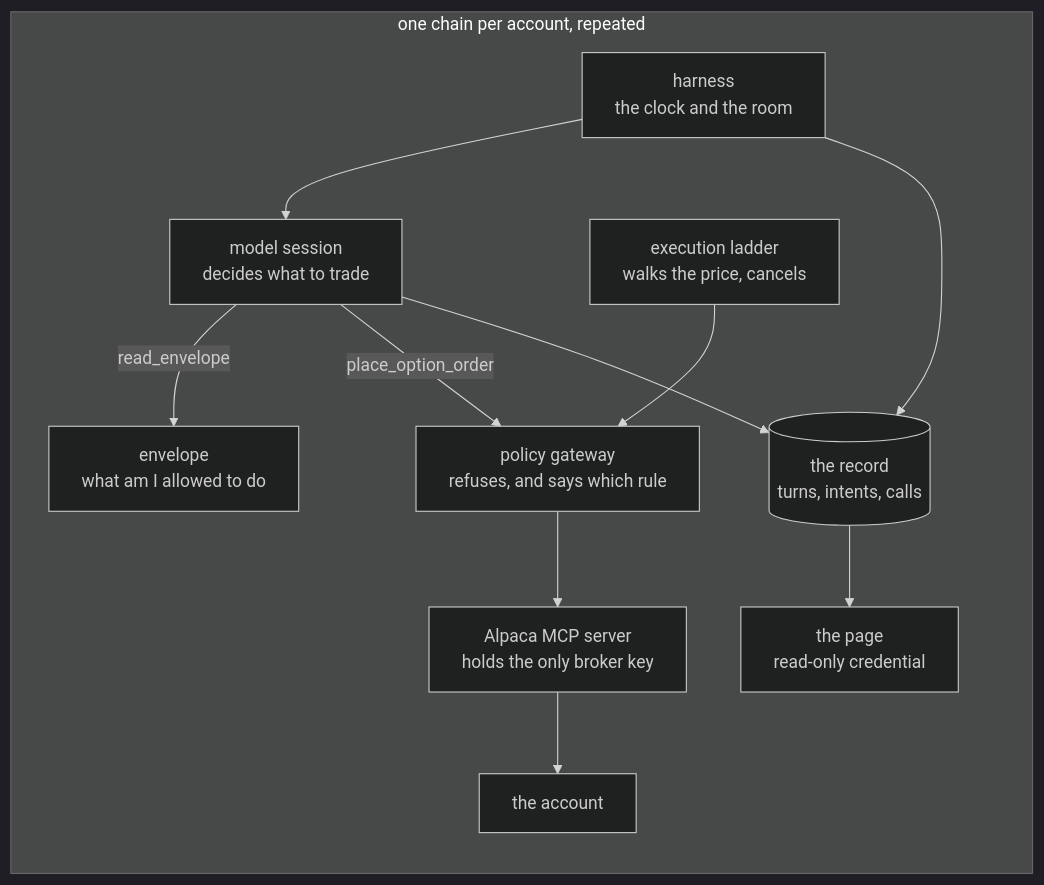
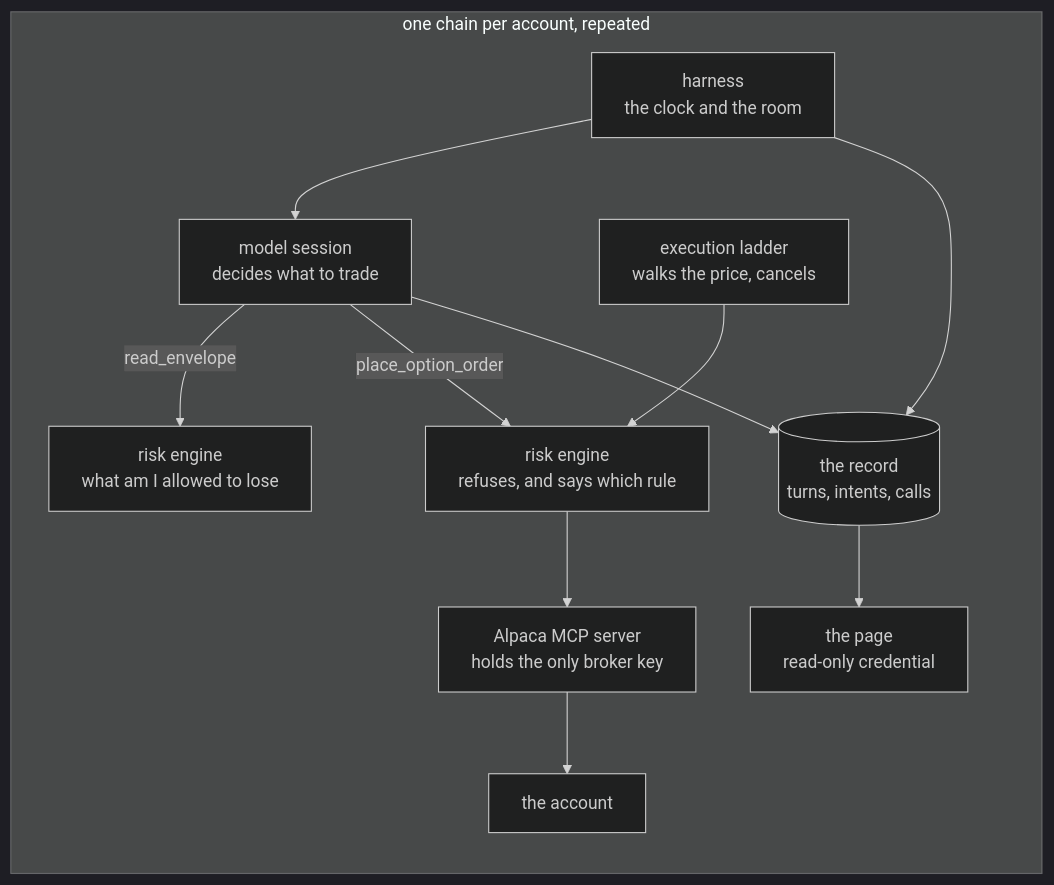
One commit to swiftward/swiftward-alpaca-options-agents changed the diagram in docs/architecture.md. Above: the diagram before and after it, drawn with Mermaid (dark theme). The commit also changed other lines of this file and 5 other files, not shown here.

First line of the commit message:
Call it the risk engine, which is what a reader who trades already knows

````diff
--- a/docs/architecture.md
+++ b/docs/architecture.md
@@ -49,14 +58,14 @@
 ```mermaid
 flowchart LR
   subgraph one["one chain per account, repeated"]
     H["harness<br/>the clock and the room"] --> S["model session<br/>decides what to trade"]
-    S -->|"read_envelope"| E["envelope<br/>what am I allowed to do"]
-    S -->|"place_option_order"| G["policy gateway<br/>refuses, and says which rule"]
+    S -->|"read_envelope"| E["risk engine<br/>what am I allowed to lose"]
+    S -->|"place_option_order"| G["risk engine<br/>refuses, and says which rule"]
     G --> M["Alpaca MCP server<br/>holds the only broker key"]
     M --> A["the account"]
     H --> R[("the record<br/>turns, intents, calls")]
     S --> R
     L["execution ladder<br/>walks the price, cancels"] --> G
     R --> P["the page<br/>read-only credential"]
   end
 ```
````
